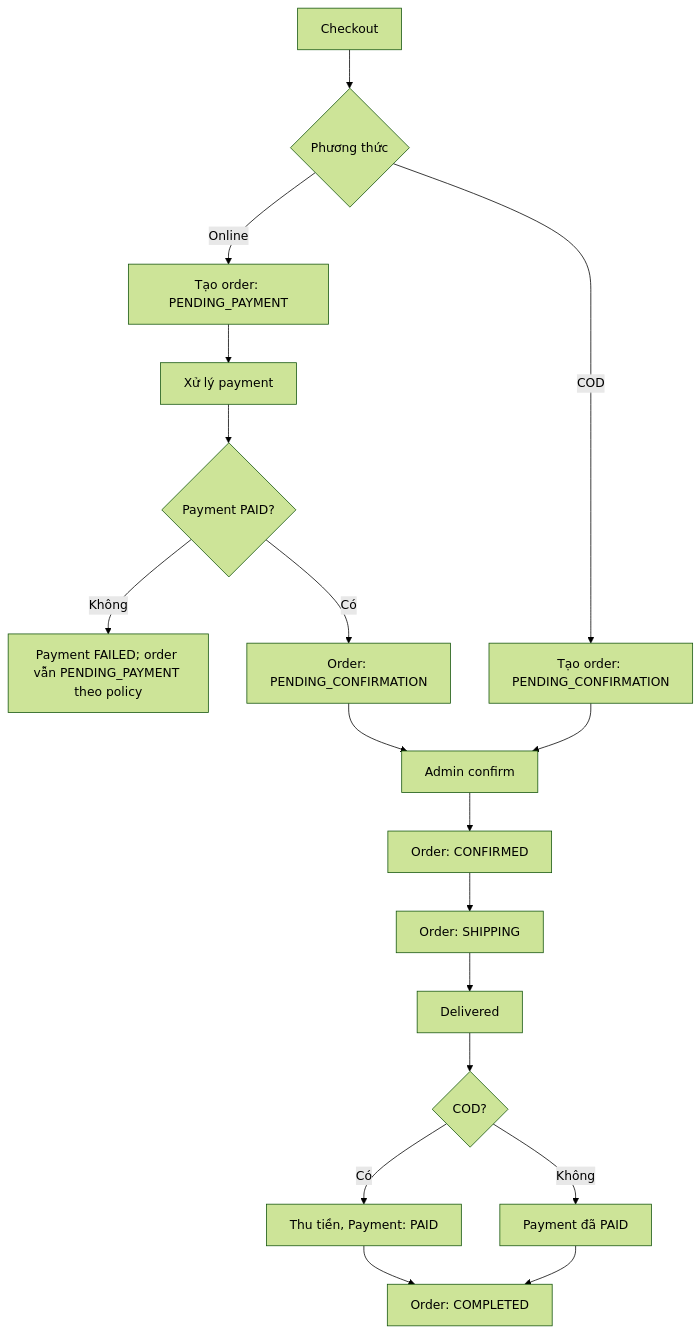
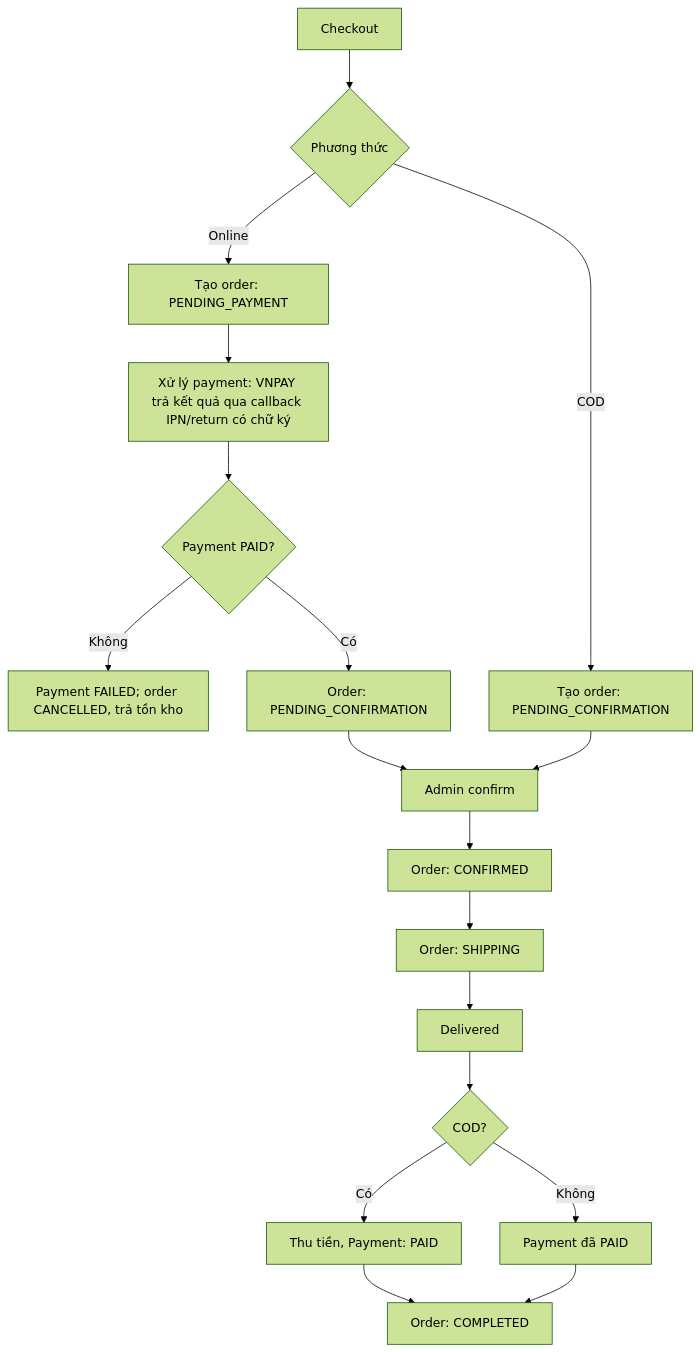
One commit to pc-shopping-assistant-org/docs changed the diagram in 01-business/workflows/payment-flow.md. Above: the diagram before and after it, drawn with Mermaid (forest theme). The commit also changed other lines of this file and 76 other files, not shown here.

````diff
--- a/01-business/workflows/payment-flow.md
+++ b/01-business/workflows/payment-flow.md
@@ -7,21 +7,21 @@
 ```mermaid
 flowchart TD
     A[Checkout] --> B{Phương thức}
     B -- Online --> C[Tạo order: PENDING_PAYMENT]
-    C --> D[Xử lý payment]
+    C --> D[Xử lý payment: VNPAY trả kết quả qua callback IPN/return có chữ ký]
     D --> E{Payment PAID?}
-    E -- Không --> F[Payment FAILED; order vẫn PENDING_PAYMENT theo policy]
+    E -- Không --> F[Payment FAILED; order CANCELLED, trả tồn kho]
     E -- Có --> G[Order: PENDING_CONFIRMATION]
     G --> H[Admin confirm]
     H --> I[Order: CONFIRMED]
 
     B -- COD --> J[Tạo order: PENDING_CONFIRMATION]
     J --> H
     I --> K[Order: SHIPPING]
     K --> L[Delivered]
     L --> M{COD?}
     M -- Có --> N[Thu tiền, Payment: PAID]
     M -- Không --> O[Payment đã PAID]
     N --> P[Order: COMPLETED]
     O --> P
 ```
````
